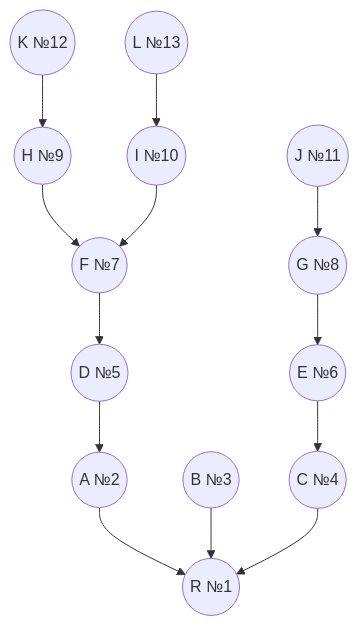
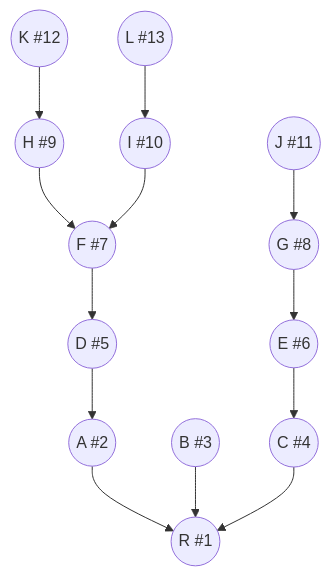
One commit to HSE-algo-23-crow/manual_tasks changed the fourth of 5 diagrams in task_9/citrine_task_9.md. Above: the diagram before and after it, drawn with Mermaid. The commit also changed other lines of this file, not shown here.

Commit message:
Доработал форматирование

````diff
--- a/task_9/citrine_task_9.md
+++ b/task_9/citrine_task_9.md
@@ -90,15 +90,15 @@
 ```mermaid
 graph TB
-    D((D №5))-->A((A №2))
-    E-->C((C №4))
+    D((D #5))-->A((A #2))
+    E-->C((C #4))
     F-->D
-    G-->E((E №6))
-    H-->F((F №7))
+    G-->E((E #6))
+    H-->F((F #7))
     I-->F
-    J((J №11))-->G((G №8))
-    K((K №12))-->H((H №9))
-    L((L №13))-->I((I №10))
+    J((J #11))-->G((G #8))
+    K((K #12))-->H((H #9))
+    L((L #13))-->I((I #10))
     A-->R
-    B((B №3))-->R
-    C-->R((R №1))
+    B((B #3))-->R
+    C-->R((R #1))
 ```
````
